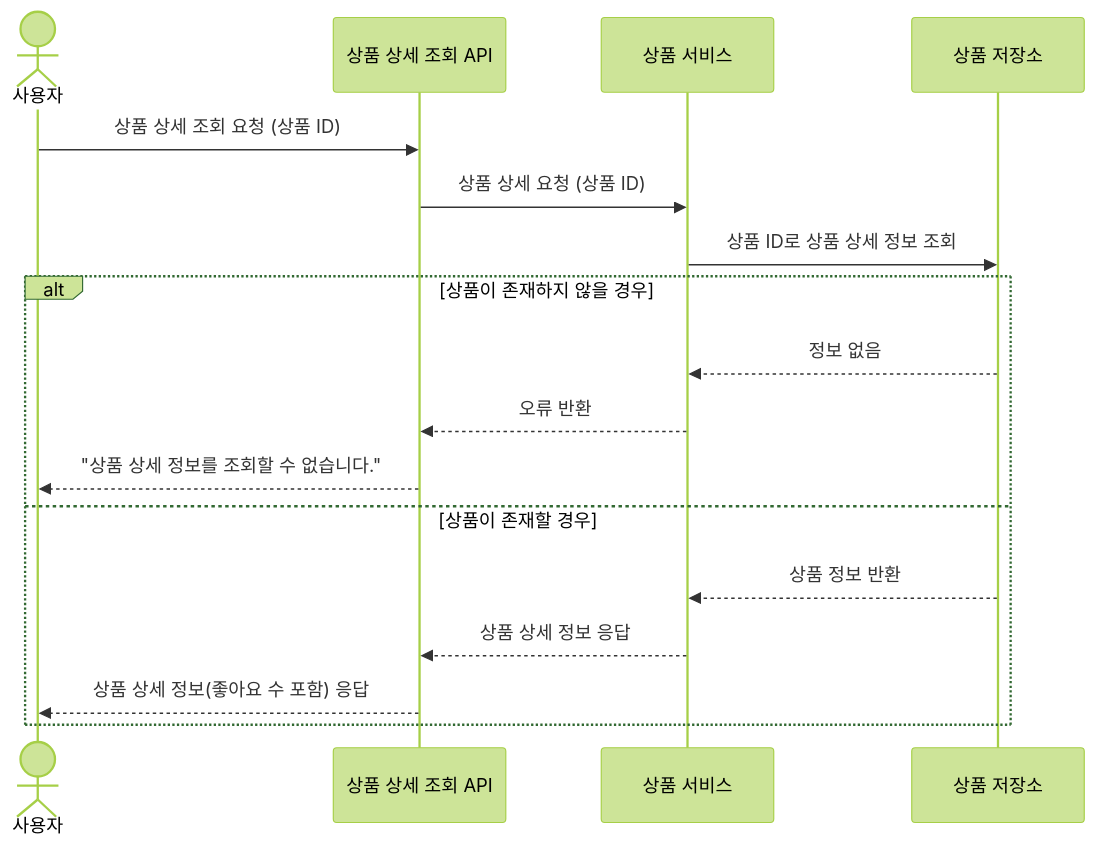
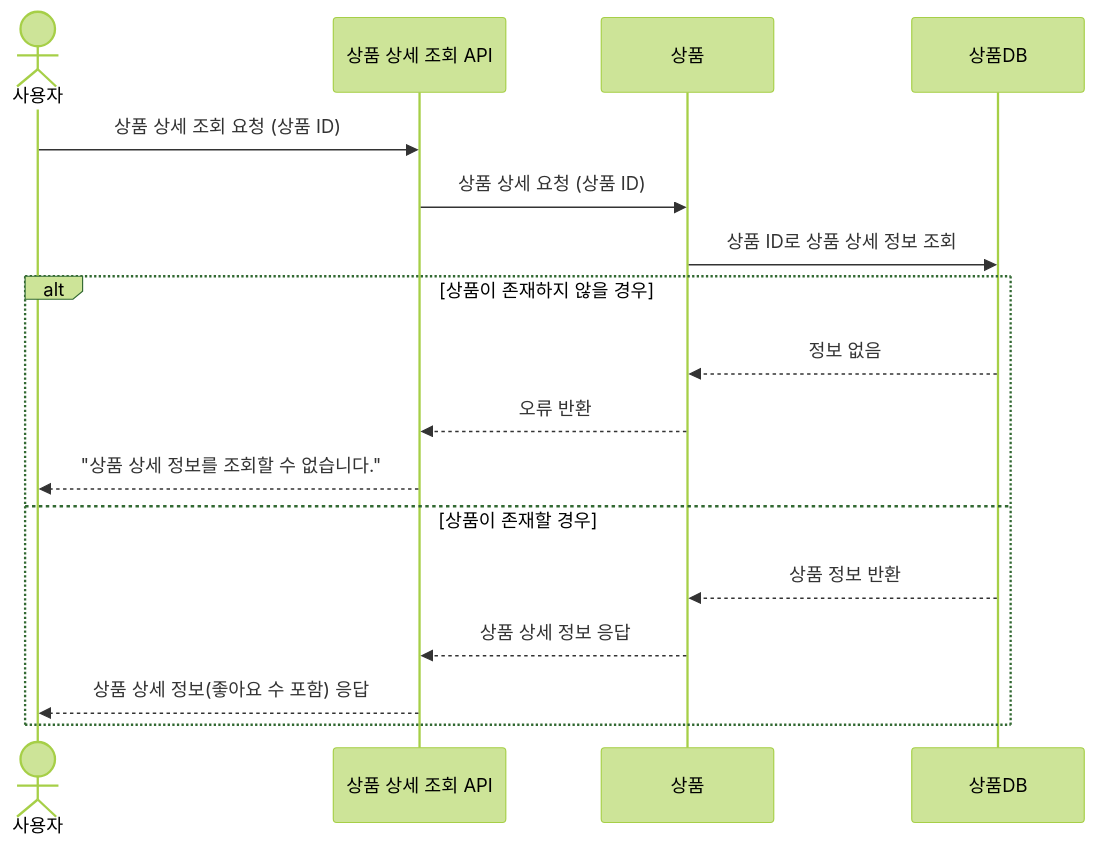
The second of 6 diagrams in docs/design/02-sequence-diagrams.md (kodonghee/loopers-e-commerce), drawn with Mermaid (forest theme) before and after one commit. The commit also changed other lines of this file, not shown here.

Commit message:
fix: 시퀀스 다이어그램 - 고수준으로 변경

````diff
--- a/docs/design/02-sequence-diagrams.md
+++ b/docs/design/02-sequence-diagrams.md
@@ -31,21 +31,21 @@
 ```mermaid
 sequenceDiagram
     actor 사용자
     participant 상품 상세 조회 API
-    participant 상품 서비스
-    participant 상품 저장소
+    participant 상품
+    participant 상품DB
 
     사용자->>상품 상세 조회 API: 상품 상세 조회 요청 (상품 ID)
-    상품 상세 조회 API->>상품 서비스: 상품 상세 요청 (상품 ID)
-    상품 서비스->>상품 저장소: 상품 ID로 상품 상세 정보 조회
+    상품 상세 조회 API->>상품: 상품 상세 요청 (상품 ID)
+    상품->>상품DB: 상품 ID로 상품 상세 정보 조회
 
     alt 상품이 존재하지 않을 경우
-        상품 저장소-->>상품 서비스: 정보 없음
-        상품 서비스-->>상품 상세 조회 API: 오류 반환
+        상품DB-->>상품: 정보 없음
+        상품-->>상품 상세 조회 API: 오류 반환
         상품 상세 조회 API-->>사용자: "상품 상세 정보를 조회할 수 없습니다."
     else 상품이 존재할 경우
-        상품 저장소-->>상품 서비스: 상품 정보 반환
-        상품 서비스-->>상품 상세 조회 API: 상품 상세 정보 응답
+        상품DB-->>상품: 상품 정보 반환
+        상품-->>상품 상세 조회 API: 상품 상세 정보 응답
         상품 상세 조회 API-->>사용자: 상품 상세 정보(좋아요 수 포함) 응답
     end
 ```
````
